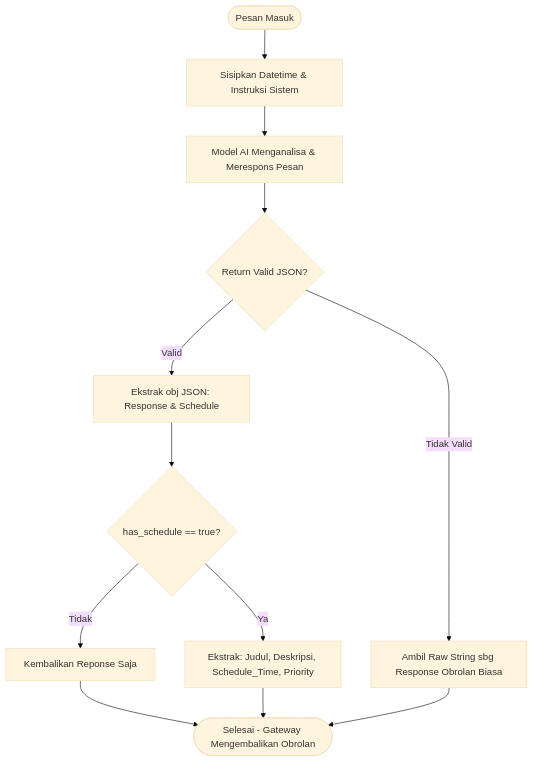
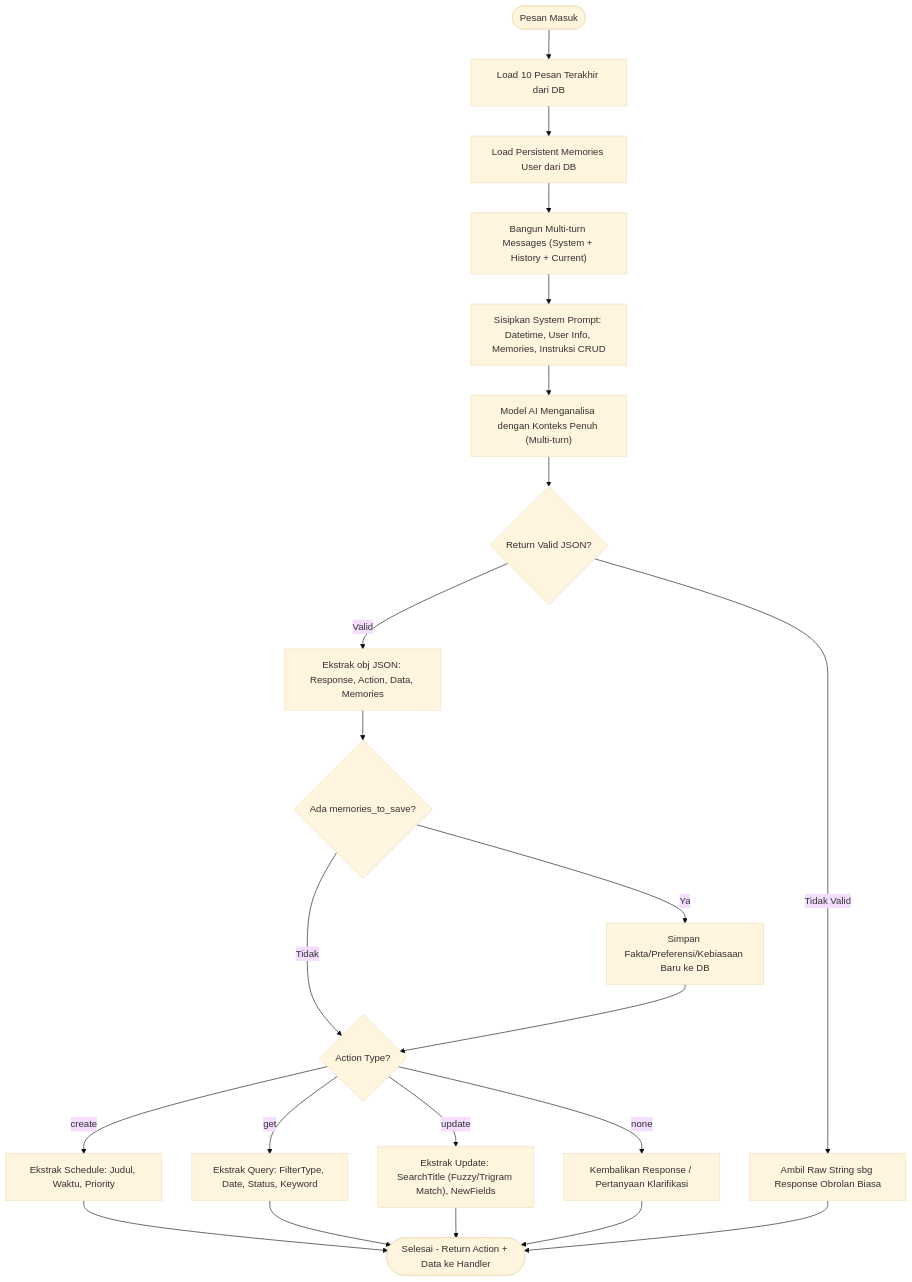
One commit to RhmnDev14/smart_alert_system changed the second of 7 diagrams in FLOWCHART.md. Above: the diagram before and after it, drawn with Mermaid (base theme). The commit also changed other lines of this file and 14 other files, not shown here.

````diff
--- a/FLOWCHART.md
+++ b/FLOWCHART.md
@@ -53,18 +63,30 @@
 ```mermaid
 flowchart TD
-    Start([Pesan Masuk]) --> InsertSystemPrompt[Sisipkan Datetime & Instruksi Sistem]
-    InsertSystemPrompt --> AIProcessing[Model AI Menganalisa & Merespons Pesan]
+    Start([Pesan Masuk]) --> LoadHistory[Load 10 Pesan Terakhir dari DB]
+    LoadHistory --> LoadMemories[Load Persistent Memories User dari DB]
+    LoadMemories --> BuildMessages["Bangun Multi-turn Messages (System + History + Current)"]
+
+    BuildMessages --> InsertSystemPrompt["Sisipkan System Prompt: Datetime, User Info, Memories, Instruksi CRUD"]
+    InsertSystemPrompt --> AIProcessing["Model AI Menganalisa dengan Konteks Penuh (Multi-turn)"]
 
     AIProcessing --> OutputFormat{Return Valid JSON?}
 
     OutputFormat -->|Tidak Valid| FallbackResponse[Ambil Raw String sbg Response Obrolan Biasa]
-    OutputFormat -->|Valid| Extract[Ekstrak obj JSON: Response & Schedule]
+    OutputFormat -->|Valid| Extract[Ekstrak obj JSON: Response, Action, Data, Memories]
 
-    Extract --> HasSchedule{has_schedule == true?}
-    HasSchedule -->|Tidak| OnlyResponse[Kembalikan Reponse Saja]
-    HasSchedule -->|Ya| ExtractScheduleData[Ekstrak: Judul, Deskripsi, Schedule_Time, Priority]
+    Extract --> CheckMemories{Ada memories_to_save?}
+    CheckMemories -->|Ya| SaveNewMemories[Simpan Fakta/Preferensi/Kebiasaan Baru ke DB]
+    CheckMemories -->|Tidak| CheckAction{Action Type?}
+    SaveNewMemories --> CheckAction
 
-    OnlyResponse --> End([Selesai - Gateway Mengembalikan Obrolan])
-    ExtractScheduleData --> End
+    CheckAction -->|create| ExtractScheduleData[Ekstrak Schedule: Judul, Waktu, Priority]
+    CheckAction -->|get| ExtractQueryData[Ekstrak Query: FilterType, Date, Status, Keyword]
+    CheckAction -->|update| ExtractUpdateData["Ekstrak Update: SearchTitle (Fuzzy/Trigram Match), NewFields"]
+    CheckAction -->|none| OnlyResponse["Kembalikan Response / Pertanyaan Klarifikasi"]
+
+    ExtractScheduleData --> End([Selesai - Return Action + Data ke Handler])
+    ExtractQueryData --> End
+    ExtractUpdateData --> End
+    OnlyResponse --> End
     FallbackResponse --> End
 ```
````
